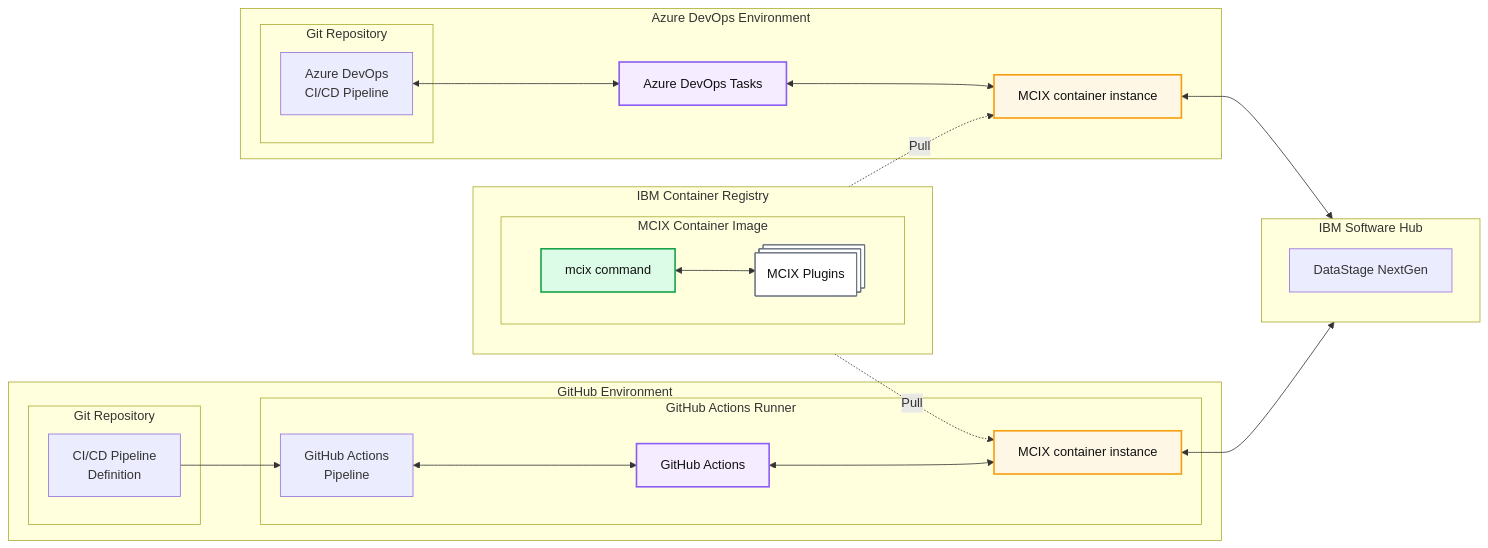
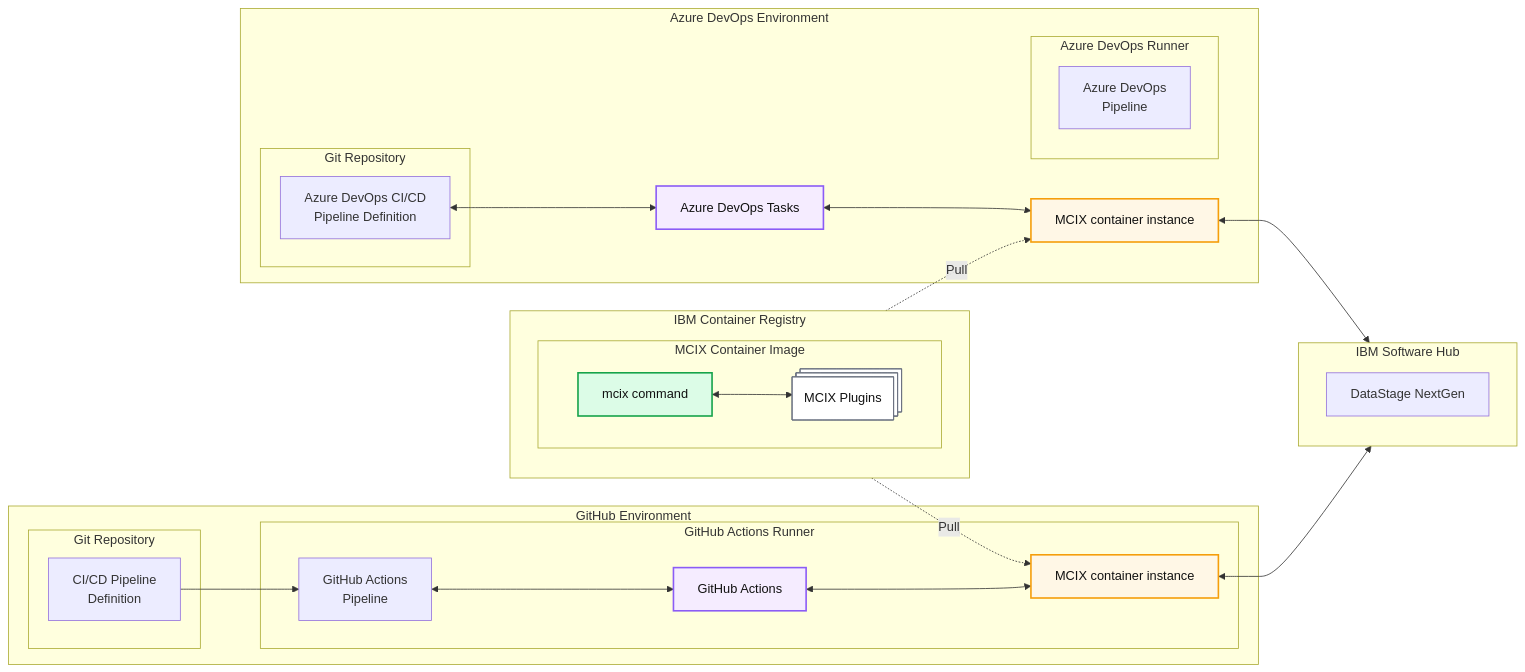
One commit to MettleCI/mcix changed the diagram in ARCHITECTURE.md. Above: the diagram before and after it, drawn with Mermaid.

```diff
--- a/ARCHITECTURE.md
+++ b/ARCHITECTURE.md
@@ -62,7 +62,10 @@
   %% =========================
   subgraph ADO["Azure DevOps Environment"]
       subgraph ADOREPO["Git Repository"]
-        ADOPIPE["Azure DevOps<br/>CI/CD Pipeline"]
+        ADOPIPE["Azure DevOps CI/CD<br/>Pipeline Definition"]
+      end
+      subgraph ADORUN["Azure DevOps Runner"]
+        ADOPIPERUN["Azure DevOps<br/>Pipeline"]
       end
       ADOT["Azure DevOps Tasks"]
       ADOCONT["MCIX container instance"]
```
